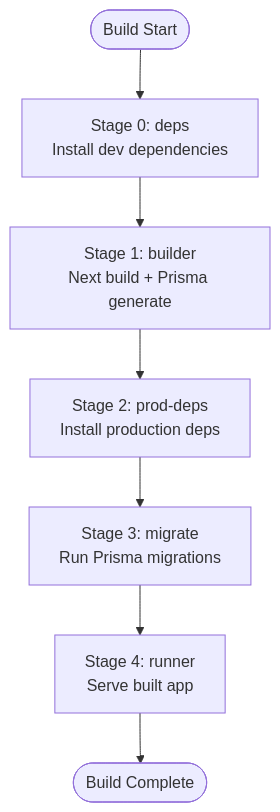
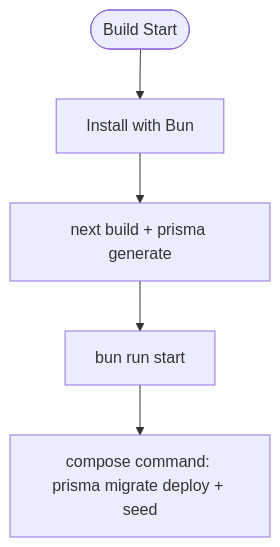
One commit to tashifkhan/tashif.codes changed the fourth of 7 diagrams in src/data/docs/talentsync/Deployment & DevOps.md. Above: the diagram before and after it, drawn with Mermaid. The commit also changed other lines of this file and 2128 other files, not shown here.

First line of the commit message:
docs: replace raster diagram images with native Mermaid across project guides

````diff
--- a/src/data/docs/talentsync/Deployment & DevOps.md
+++ b/src/data/docs/talentsync/Deployment & DevOps.md
@@ -129,9 +110,7 @@
 ```mermaid
 flowchart TD
-Start(["Build Start"]) --> Deps["Stage 0: deps<br/>Install dev dependencies"]
-Deps --> Builder["Stage 1: builder<br/>Next build + Prisma generate"]
-Builder --> ProdDeps["Stage 2: prod-deps<br/>Install production deps"]
-ProdDeps --> Migrate["Stage 3: migrate<br/>Run Prisma migrations"]
-Migrate --> Runner["Stage 4: runner<br/>Serve built app"]
-Runner --> End(["Build Complete"])
+Start(["Build Start"]) --> Deps["Install with Bun"]
+Deps --> Builder["next build + prisma generate"]
+Builder --> Runner["bun run start"]
+Runner --> Migrate["compose command: prisma migrate deploy + seed"]
 ```
````
